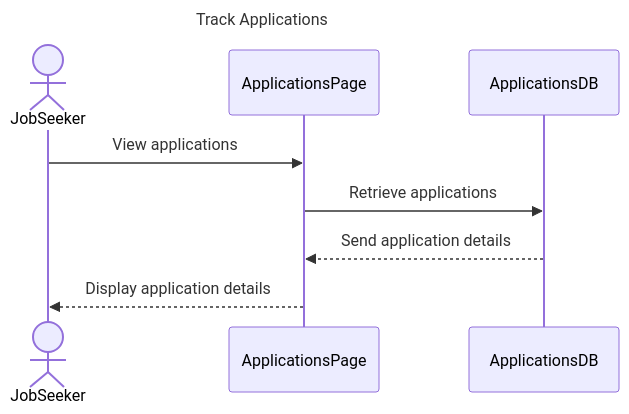
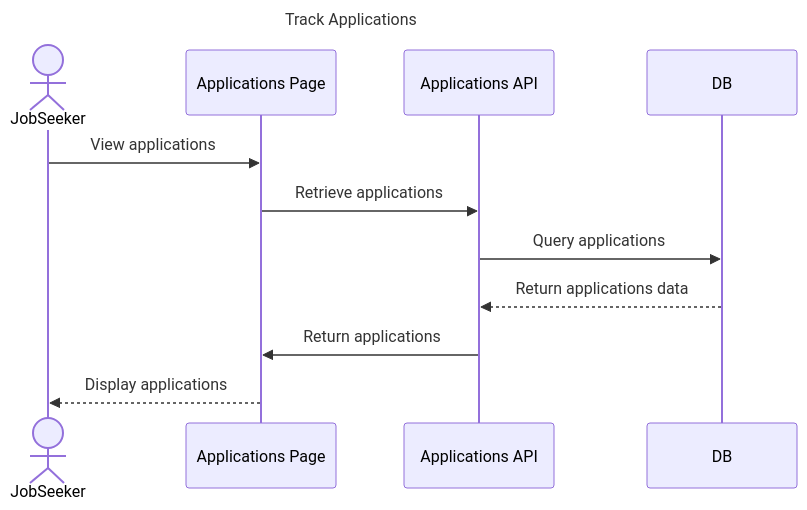
Before and after one commit to emd5953/NextStep: the diagram in docs/all-diagrams-source-files/sequence-diagrams/track-application.md, drawn with Mermaid. The commit also changed 40 other files, not shown here.

Commit message:
updated diagrams

````diff
--- a/docs/all-diagrams-source-files/sequence-diagrams/track-application.md
+++ b/docs/all-diagrams-source-files/sequence-diagrams/track-application.md
@@ -1,10 +1,12 @@
 ```mermaid
 sequenceDiagram
     title Track Applications
     actor JobSeeker
-    JobSeeker ->> ApplicationsPage: View applications
-    ApplicationsPage ->> ApplicationsDB: Retrieve applications
-    ApplicationsDB -->> ApplicationsPage: Send application details
-    ApplicationsPage -->> JobSeeker: Display application details
+    JobSeeker ->> Applications Page: View applications
+    Applications Page ->> Applications API: Retrieve applications
+    Applications API ->> DB: Query applications
+    DB -->> Applications API: Return applications data
+    Applications API ->> Applications Page: Return applications
+    Applications Page -->> JobSeeker: Display applications
 
 ```
````
